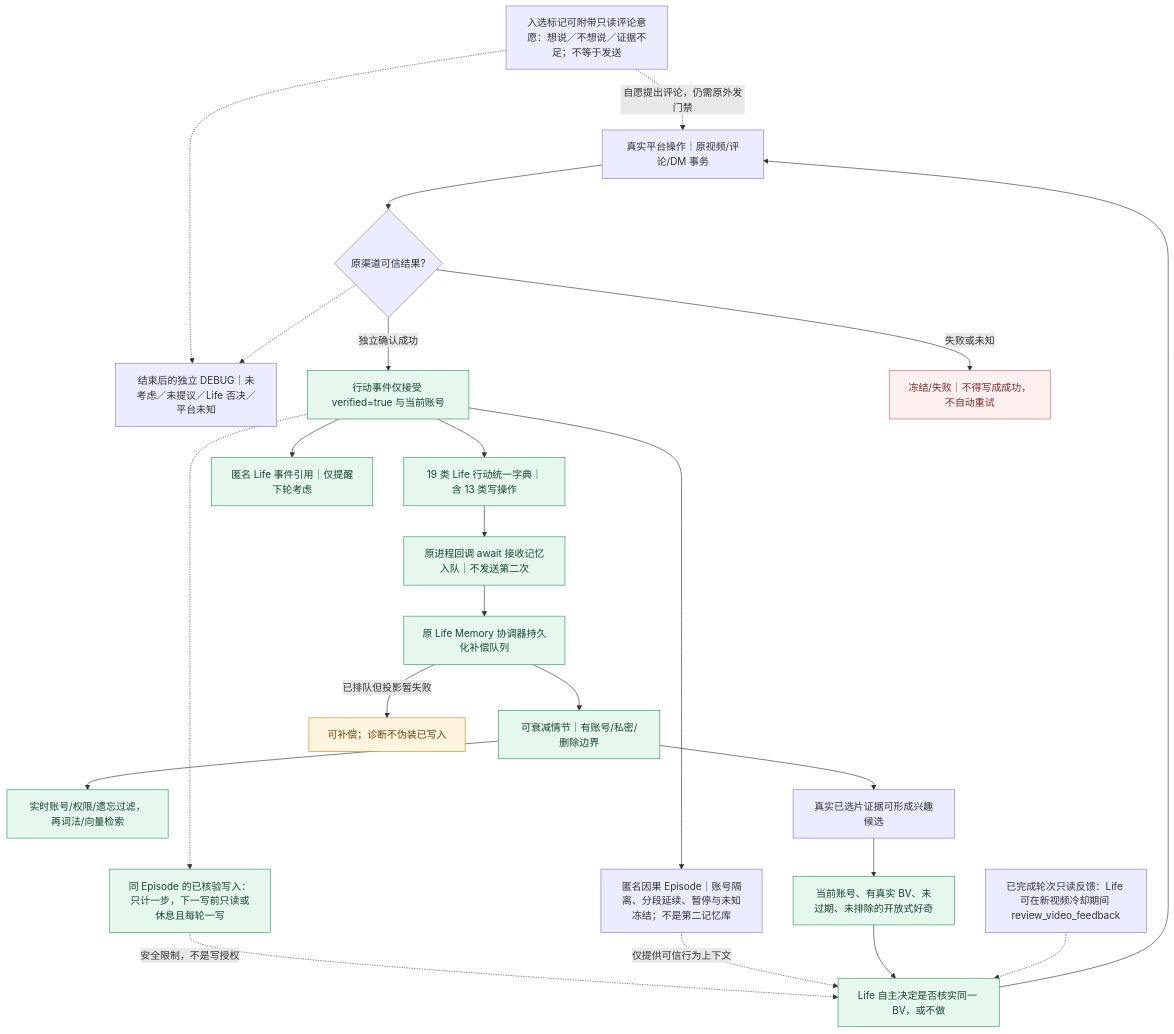
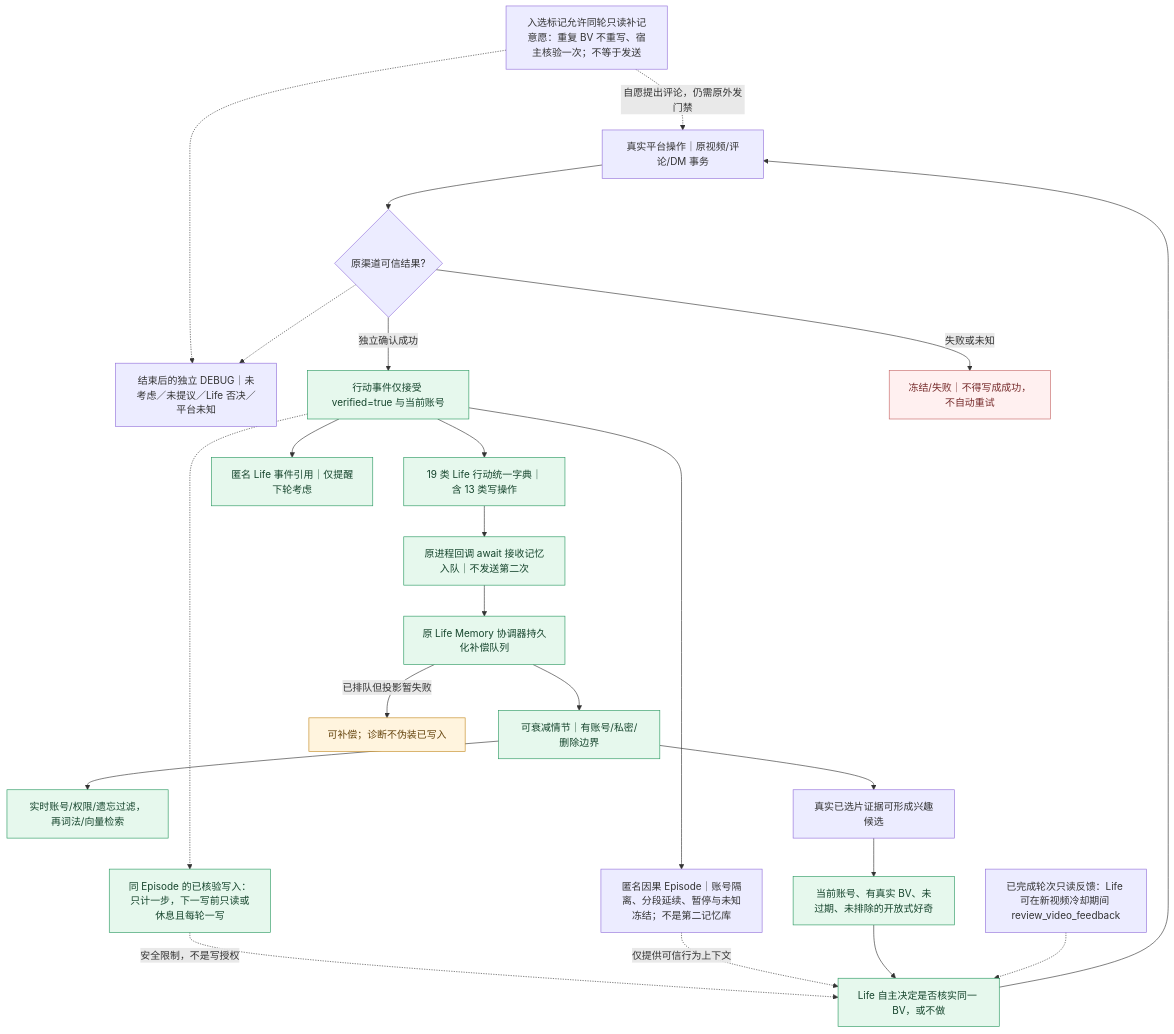
One commit to minedalang/dsh-dafeiyu-life changed the diagram in docs/architecture/diagrams/life-receipt-memory-current.mmd. Above: the diagram before and after it, drawn with Mermaid. The commit also changed 9 other files, not shown here.

```diff
--- a/docs/architecture/diagrams/life-receipt-memory-current.mmd
+++ b/docs/architecture/diagrams/life-receipt-memory-current.mmd
@@ -1,70 +1,70 @@
 %% 同版本 Life 补链维护：模型/菜单不是平台成功证据
 %% @code source | lib/life-video-action-bridge.mjs | createLifeVideoActionBridge
 %% @code commentReview | vendor/bilibili-mcp/mcp_server.py | async def bili_comment_consideration
 %% @code commentOutcome | lib/video-comment-readiness.mjs | classifyVideoCommentRound
 %% @code catalog | lib/life-action-memory.mjs | LIFE_ACTION_NAMES
 %% @code verified | lib/life-action-memory.mjs | export function verifiedLifeActionEvent
 %% @code wake | lib/life-agent-events.mjs | VERIFIED_COMPLETION_KINDS
 %% @code outbox | lib/life-memory-coordinator.mjs | createLifeMemoryCoordinator
 %% @code episode | lib/life-memory-gateway.mjs | function asEpisode
 %% @code recall | lib/life-memory-gateway.mjs | function recall
 %% @code growth | lib/life-interests.mjs | recordInterestEvents
 %% @code curiosity | lib/life-interests.mjs | scopedCuriosityOpportunityEvidence
 %% @code planner | lib/autonomous-planner.mjs | export function plannerActionMenu
 %% @code bridge | index.js | const rememberVerifiedLifeAction
 %% @code unknown | lib/life-continuation-write.mjs | status:'uncertain'
 flowchart TB
   source["真实平台操作｜原视频/评论/DM 事务"]
   universalCausal["匿名因果 Episode｜账号隔离、分段延续、暂停与未知冻结；不是第二记忆库"]
   postWrite["同 Episode 的已核验写入：只计一步，下一写前只读或休息且每轮一写"]
-  commentReview["入选标记可附带只读评论意愿：想说／不想说／证据不足；不等于发送"]
+  commentReview["入选标记允许同轮只读补记意愿：重复 BV 不重写、宿主核验一次；不等于发送"]
   commentOutcome["结束后的独立 DEBUG｜未考虑／未提议／Life 否决／平台未知"]
   receipt{"原渠道可信结果?"}
   verified["行动事件仅接受 verified=true 与当前账号"]
   unknown["冻结/失败｜不得写成成功，不自动重试"]
   catalog["19 类 Life 行动统一字典｜含 13 类写操作"]
   wake["匿名 Life 事件引用｜仅提醒下轮考虑"]
   bridge["原进程回调 await 接收记忆入队｜不发送第二次"]
   outbox["原 Life Memory 协调器持久化补偿队列"]
   episode["可衰减情节｜有账号/私密/删除边界"]
   pending["可补偿；诊断不伪装已写入"]
   recall["实时账号/权限/遗忘过滤，再词法/向量检索"]
   growth["真实已选片证据可形成兴趣候选"]
   curiosity["当前账号、有真实 BV、未过期、未排除的开放式好奇"]
   planner["Life 自主决定是否核实同一 BV，或不做"]
   videoFeedback["已完成轮次只读反馈：Life 可在新视频冷却期间 review_video_feedback"]
   commentReview -.->|自愿提出评论，仍需原外发门禁| source
   commentReview -.-> commentOutcome
   source --> receipt
   verified -.-> postWrite -.->|安全限制，不是写授权| planner
   receipt -.-> commentOutcome
   receipt -->|独立确认成功| verified
   receipt -->|失败或未知| unknown
   verified --> catalog
   verified --> universalCausal
   verified --> wake
   catalog --> bridge
   bridge --> outbox
   outbox --> episode
   outbox -->|已排队但投影暂失败| pending
   episode --> recall
   universalCausal -.->|仅提供可信行为上下文| planner
   episode --> growth
   growth --> curiosity
   curiosity --> planner
   videoFeedback -.-> planner
   planner --> source
   classDef green fill:#e6f8ed,stroke:#2a9961,color:#16452d
   classDef yellow fill:#fff4de,stroke:#c48a20,color:#65440d
   classDef red fill:#fff0f0,stroke:#c66565,color:#762b2b
   class verified,catalog,wake,bridge,outbox,episode,recall,curiosity,planner,postWrite green
   class pending yellow
   class unknown red
 
 %% @code postWrite | lib/life-opportunities.mjs | entry.writeAftercare='read-or-rest'
 
 %% @code universalCausal | lib/life-universal-episodes.mjs | export function createUniversalLifeEpisodes
 
 %% @code commentReview | vendor/bilibili-mcp/mcp_server.py | async def bili_ledger_mark
 
 %% @code videoFeedback | lib/autonomous-planner.mjs | action:'review_video_feedback'
```
